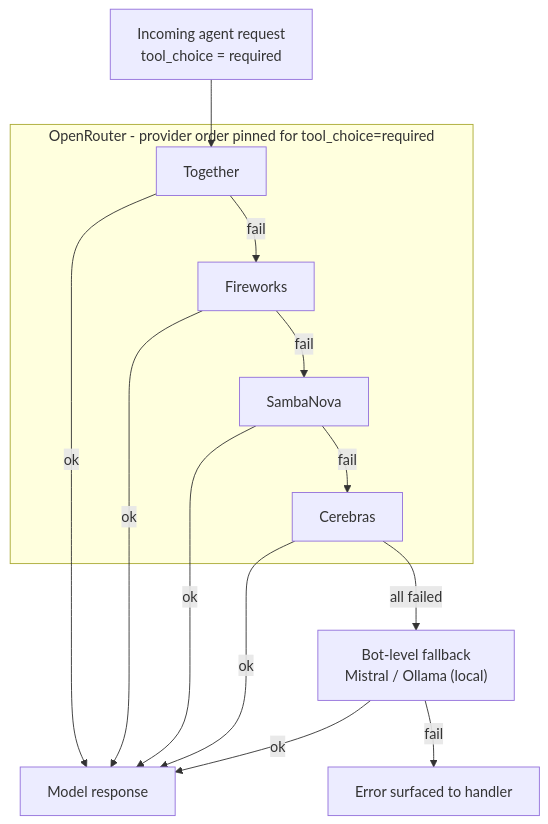
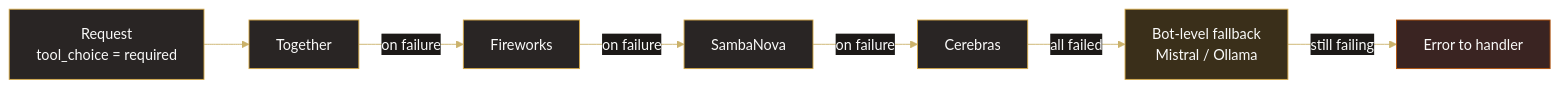
One commit to DamianBuilds-ai/meridian changed the second of 3 diagrams in README.md. Above: the diagram before and after it, drawn with Mermaid. The commit also changed other lines of this file and 1 other file, not shown here.

First line of the commit message:
docs: rebrand architecture diagrams (stone+gold) and improve readability

````diff
--- a/README.md
+++ b/README.md
@@ -70,16 +67,16 @@
 ```mermaid
-flowchart TD
-    Q["Incoming agent request<br/>tool_choice = required"] --> P1
-    subgraph OR["OpenRouter - provider order pinned for tool_choice=required"]
-        P1["Together"] -->|fail| P2["Fireworks"]
-        P2 -->|fail| P3["SambaNova"]
-        P3 -->|fail| P4["Cerebras"]
-    end
-    P1 -->|ok| OK["Model response"]
-    P2 -->|ok| OK
-    P3 -->|ok| OK
-    P4 -->|ok| OK
-    P4 -->|all failed| ALT["Bot-level fallback<br/>Mistral / Ollama (local)"]
-    ALT -->|ok| OK
-    ALT -->|fail| ERR["Error surfaced to handler"]
+%%{init: {'theme':'base','themeVariables':{'fontSize':'16px','primaryColor':'#292524','primaryBorderColor':'#D4A847','primaryTextColor':'#fafaf9','lineColor':'#CBB26A','edgeLabelBackground':'#1c1917'}}}%%
+flowchart LR
+    Q["Request<br/>tool_choice = required"] --> T["Together"]
+    T -->|on failure| F["Fireworks"]
+    F -->|on failure| S["SambaNova"]
+    S -->|on failure| C["Cerebras"]
+    C -->|all failed| FB["Bot-level fallback<br/>Mistral / Ollama"]
+    FB -->|still failing| E["Error to handler"]
+    classDef ok fill:#292524,stroke:#D4A847,color:#fafaf9
+    classDef warn fill:#3a2f1a,stroke:#D4A847,color:#fafaf9
+    classDef err fill:#3a2422,stroke:#b45309,color:#fafaf9
+    class Q,T,F,S,C ok
+    class FB warn
+    class E err
 ```
````
